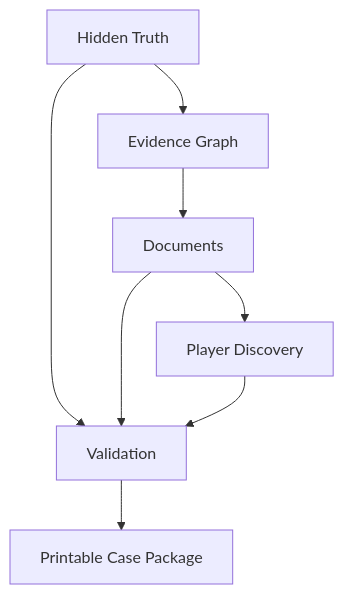
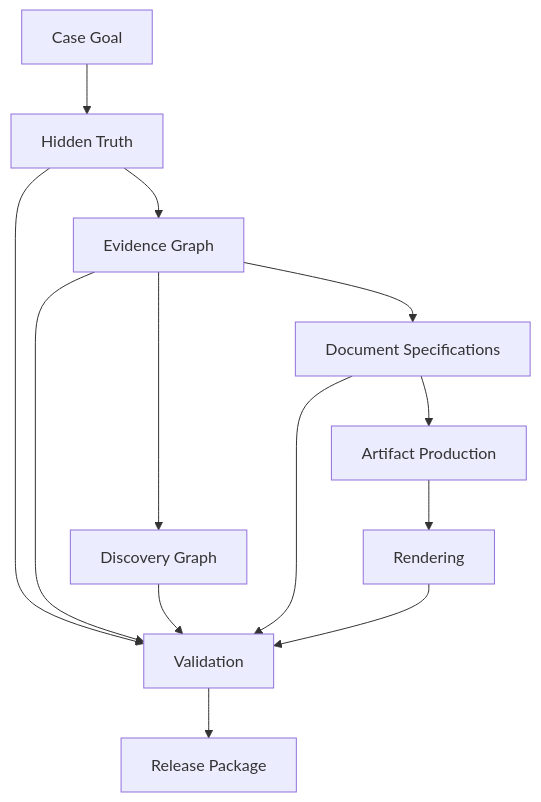
Before and after one commit to IvarRosenbergHVL/case-engine-reference: the diagram in HOME.md, drawn with Mermaid. The commit also changed other lines of this file, not shown here.

````diff
--- a/HOME.md
+++ b/HOME.md
@@ -29,17 +66,25 @@
 ```mermaid
 graph TD
+    Goal[Case Goal]
     Truth[Hidden Truth]
     Evidence[Evidence Graph]
-    Documents[Documents]
-    Discovery[Player Discovery]
+    Discovery[Discovery Graph]
+    Documents[Document Specifications]
+    Artifacts[Artifact Production]
+    Rendering[Rendering]
     Validation[Validation]
-    Export[Printable Case Package]
+    Export[Release Package]
 
+    Goal --> Truth
     Truth --> Evidence
+    Evidence --> Discovery
     Evidence --> Documents
-    Documents --> Discovery
+    Documents --> Artifacts
+    Artifacts --> Rendering
     Truth --> Validation
+    Evidence --> Validation
+    Discovery --> Validation
     Documents --> Validation
-    Discovery --> Validation
+    Rendering --> Validation
     Validation --> Export
 ```
````
